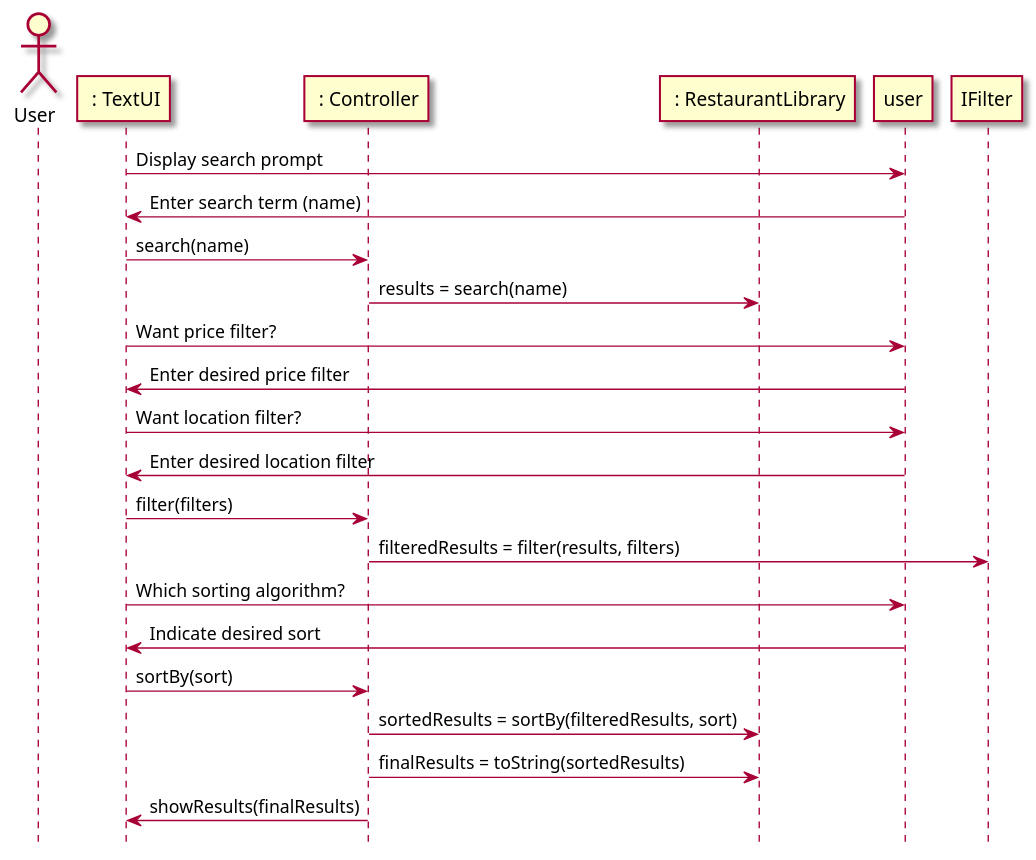
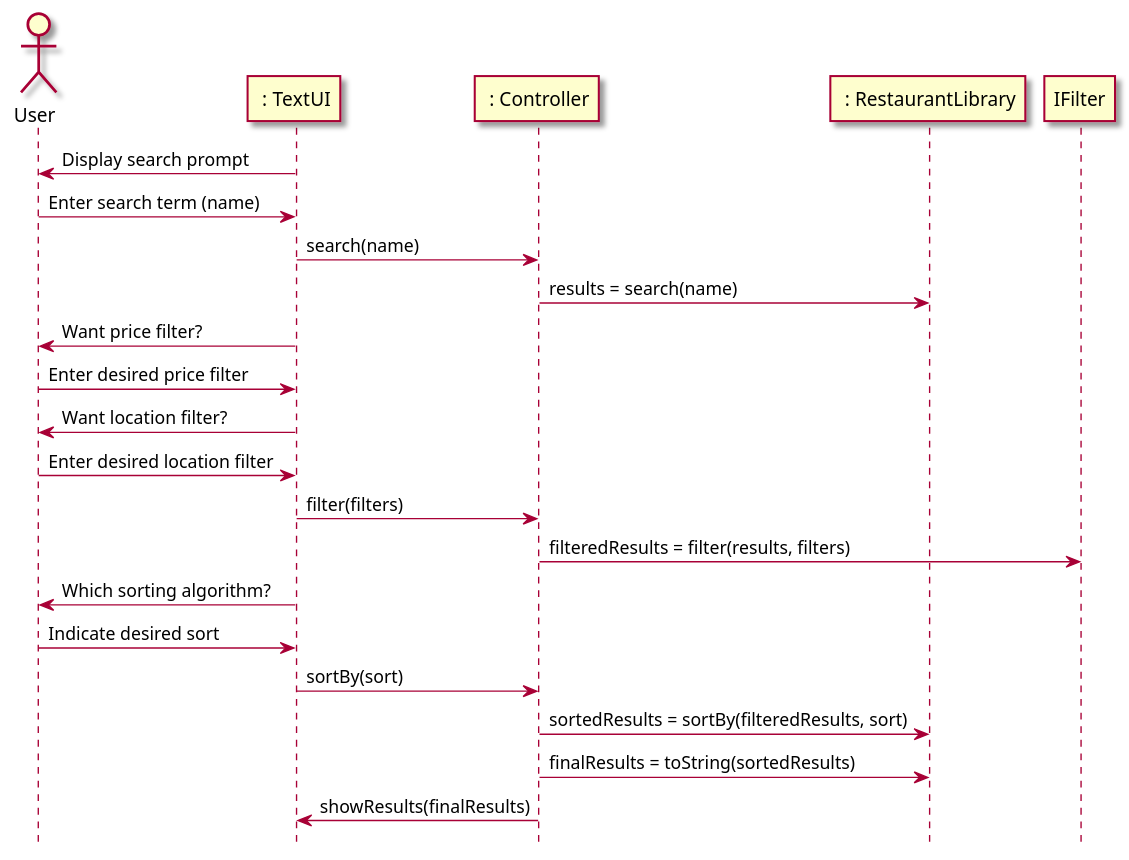
The first of 2 diagrams in intellij/doc/design.md (tanwasp/LunchBox-Android), drawn with PlantUML before and after one commit. The commit also changed 2 other files, not shown here.

Commit message:
Basic search UI

````diff
--- a/intellij/doc/design.md
+++ b/intellij/doc/design.md
@@ -3,29 +3,29 @@
 ```plantuml
 @startuml
 hide footbox
 skin rose
 
-actor User as userFi
+actor User as user
 participant " : TextUI" as ui
 participant " : Controller" as controller
 participant " : RestaurantLibrary" as lib
 
 ui -> user : Display search prompt
 user -> ui : Enter search term (name)
 ui -> controller : search(name)
 controller -> lib : results = search(name)
 ui -> user : Want price filter?
 user -> ui : Enter desired price filter
 ui -> user : Want location filter?
 user -> ui : Enter desired location filter
 ui -> controller : filter(filters)
 controller -> IFilter : filteredResults = filter(results, filters)
 ui -> user : Which sorting algorithm?
 user -> ui : Indicate desired sort
 ui -> controller : sortBy(sort)
 controller -> lib : sortedResults = sortBy(filteredResults, sort)
 controller -> lib : finalResults = toString(sortedResults)
 controller -> ui : showResults(finalResults)
 
 @enduml
 ```
````
